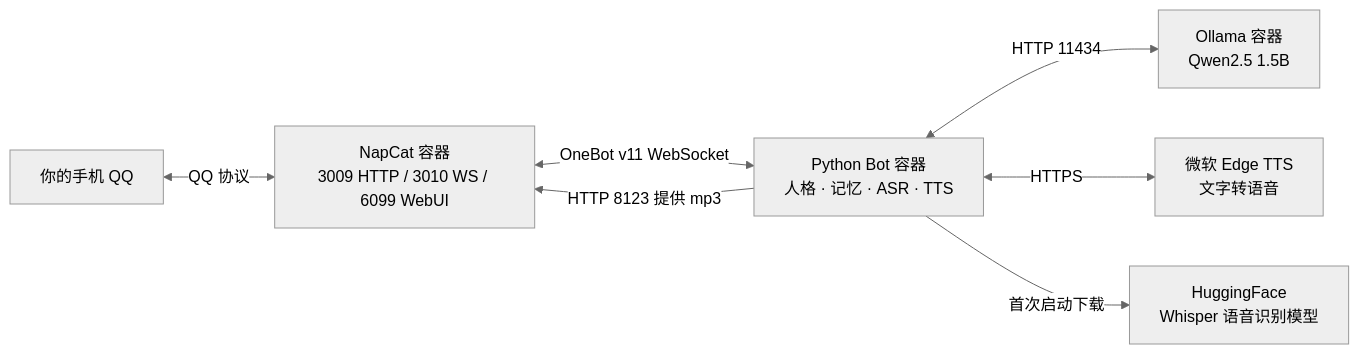
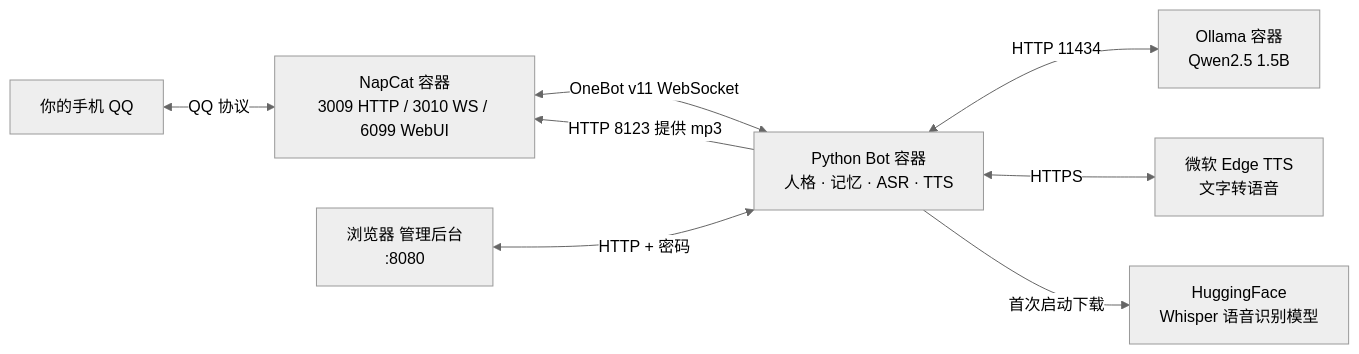
Before and after one commit to MyMaskKing/help_tools: the diagram in docker-compose/qq-ai-bot/README.md, drawn with Mermaid (neutral theme). The commit also changed other lines of this file and 6 other files, not shown here.

````diff
--- a/docker-compose/qq-ai-bot/README.md
+++ b/docker-compose/qq-ai-bot/README.md
@@ -50,9 +53,10 @@
 ```mermaid
 flowchart LR
     U["你的手机 QQ"] <-->|"QQ 协议"| N["NapCat 容器<br/>3009 HTTP / 3010 WS / 6099 WebUI"]
     N <-->|"OneBot v11 WebSocket"| B["Python Bot 容器<br/>人格 · 记忆 · ASR · TTS"]
     B <-->|"HTTP 11434"| O["Ollama 容器<br/>Qwen2.5 1.5B"]
     B -->|"HTTP 8123 提供 mp3"| N
     B <-->|"HTTPS"| T["微软 Edge TTS<br/>文字转语音"]
     B -->|"首次启动下载"| H["HuggingFace<br/>Whisper 语音识别模型"]
+    W["浏览器 管理后台<br/>:8080"] <-->|"HTTP + 密码"| B
 ```
````
